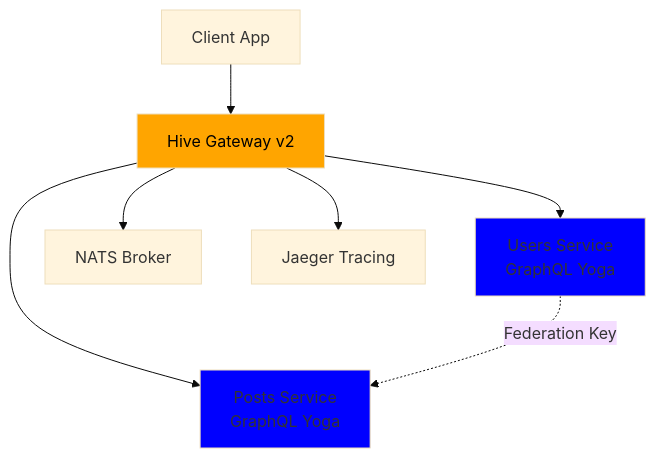
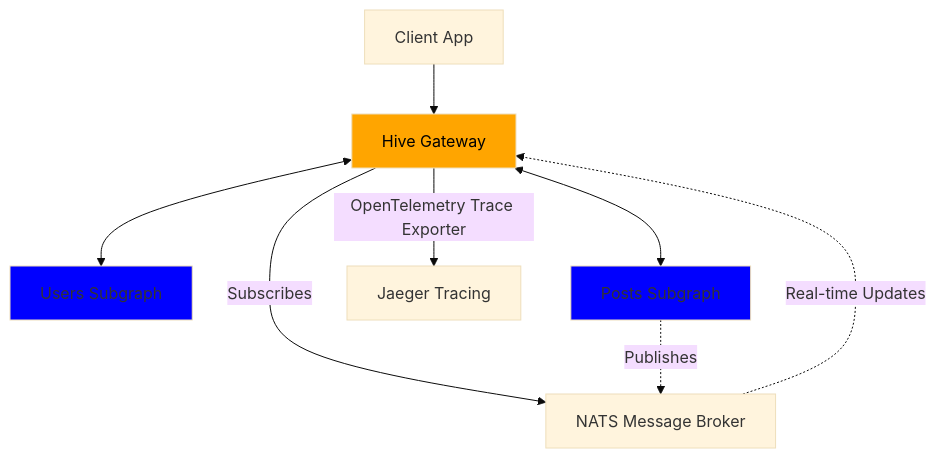
One commit to graphql-hive/graphql-conf-2025-gateway-workshop changed the first of 4 diagrams in SLIDES.md. Above: the diagram before and after it, drawn with Mermaid (base theme). The commit also changed other lines of this file and 1 other file, not shown here.

````diff
--- a/SLIDES.md
+++ b/SLIDES.md
@@ -167,14 +288,16 @@
 ```mermaid
 graph TB
-    Client[Client App] --> Gateway[Hive Gateway v2]
-    Gateway --> Users[Users Service<br/>GraphQL Yoga]
-    Gateway --> Posts[Posts Service<br/>GraphQL Yoga]
+    Client[Client App] --> Gateway[Hive Gateway]
+    Gateway <--> Users[Users Subgraph]
+    Gateway <--> Posts[Posts Subgraph]
 
-    Users -.->|Federation Key| Posts
-    Gateway --> NATS[NATS Broker]
-    Gateway --> Jaeger[Jaeger Tracing]
+    Gateway -->|OpenTelemetry Trace Exporter| Jaeger[Jaeger Tracing]
+
+    Gateway -->|Subscribes| NATS[NATS Message Broker]
+    NATS -.->|Real-time Updates| Gateway
+    Posts -.->|Publishes| NATS
 
     style Gateway fill:orange,color:black
     style Users fill:blue
     style Posts fill:blue
 ```
````
